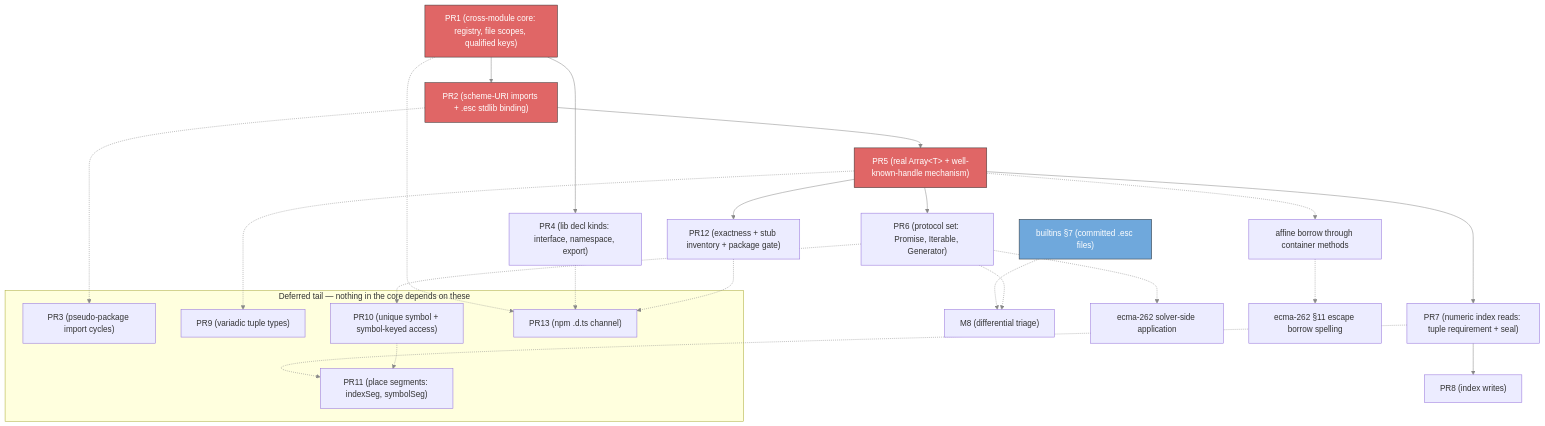
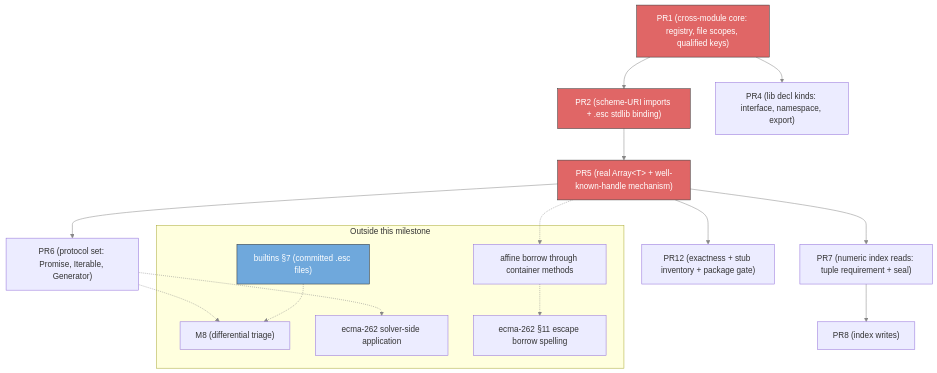
The first of 2 diagrams in planning/simple_sub/m7.5-implementation-plan.md (escalier-lang/escalier), drawn with Mermaid before and after one commit. The commit also changed other lines of this file, not shown here.

First line of the commit message:
Split the M7.5 dependency diagram into core and deferred-tail graphs

````diff
--- a/planning/simple_sub/m7.5-implementation-plan.md
+++ b/planning/simple_sub/m7.5-implementation-plan.md
@@ -985,54 +985,39 @@
 ```mermaid
 graph TD
     PR1["PR1 (cross-module core: registry, file scopes, qualified keys)"]
     PR2["PR2 (scheme-URI imports + .esc stdlib binding)"]
     PR4["PR4 (lib decl kinds: interface, namespace, export)"]
     PR5["PR5 (real Array&lt;T&gt; + well-known-handle mechanism)"]
     PR6["PR6 (protocol set: Promise, Iterable, Generator)"]
     PR7["PR7 (numeric index reads: tuple requirement + seal)"]
     PR8["PR8 (index writes)"]
     PR12["PR12 (exactness + stub inventory + package gate)"]
 
-    subgraph deferred["Deferred tail — nothing in the core depends on these"]
-        PR3["PR3 (pseudo-package import cycles)"]
-        PR9["PR9 (variadic tuple types)"]
-        PR10["PR10 (unique symbol + symbol-keyed access)"]
-        PR11["PR11 (place segments: indexSeg, symbolSeg)"]
-        PR13["PR13 (npm .d.ts channel)"]
+    subgraph outside["Outside this milestone"]
+        B7["builtins §7 (committed .esc files)"]
+        M8["M8 (differential triage)"]
+        AFF["affine borrow through container methods"]
+        E262["ecma-262 solver-side application"]
+        E262C["ecma-262 §11 escape borrow spelling"]
     end
-
-    B7["builtins §7 (committed .esc files)"]
-    M8["M8 (differential triage)"]
-    AFF["affine borrow through container methods"]
-    E262["ecma-262 solver-side application"]
-    E262C["ecma-262 §11 escape borrow spelling"]
 
     PR1 --> PR2
     PR1 --> PR4
     PR2 --> PR5
     PR5 --> PR6
     PR5 --> PR7
     PR5 --> PR12
     PR7 --> PR8
-
-    PR2 -.-> PR3
-    PR5 -.-> PR9
-    PR6 -.-> PR10
-    PR7 -.-> PR11
-    PR10 -.-> PR11
-    PR1 -.-> PR13
-    PR4 -.-> PR13
-    PR12 -.-> PR13
 
     B7 -.-> M8
     PR6 -.-> M8
     PR5 -.-> AFF
     PR6 -.-> E262
     AFF -.-> E262C
 
     linkStyle default stroke:#888
     style PR1 fill:#e06666,stroke:#333,color:#fff
     style PR2 fill:#e06666,stroke:#333,color:#fff
     style PR5 fill:#e06666,stroke:#333,color:#fff
     style B7 fill:#6fa8dc,stroke:#333,color:#fff
 ```
````
